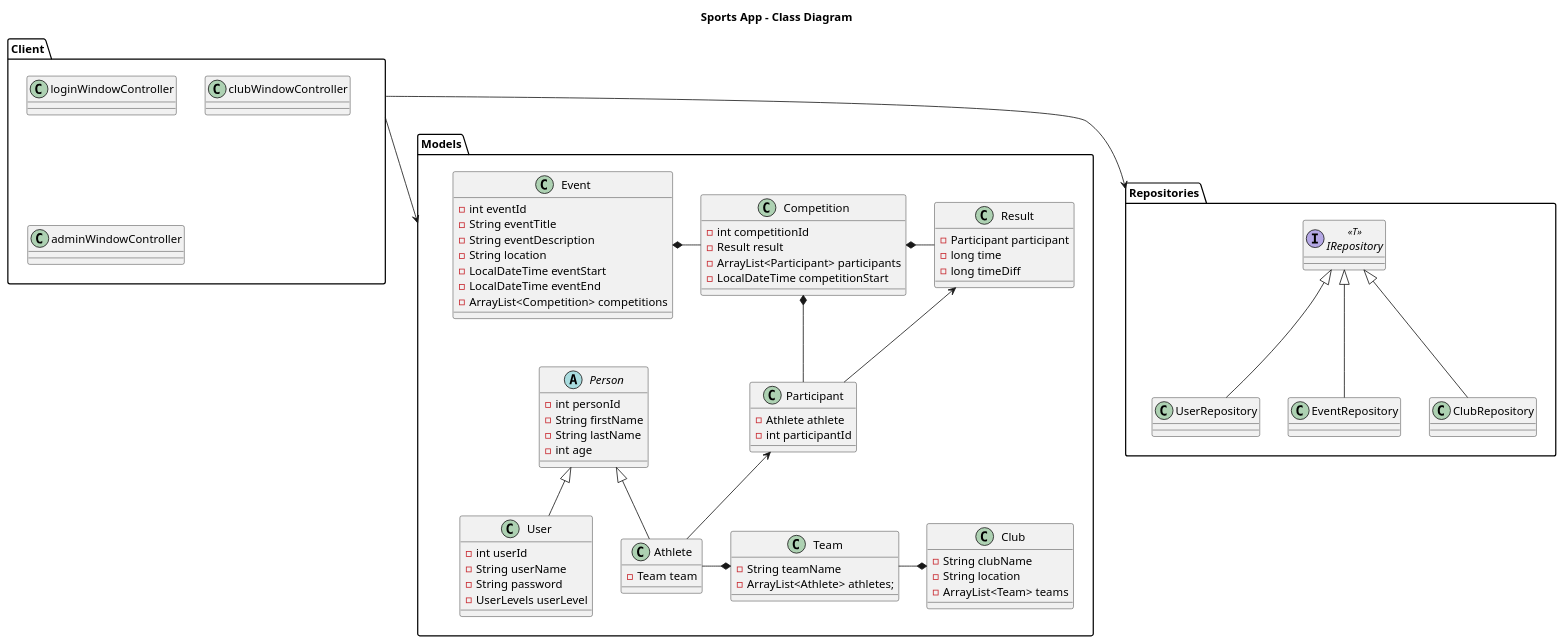
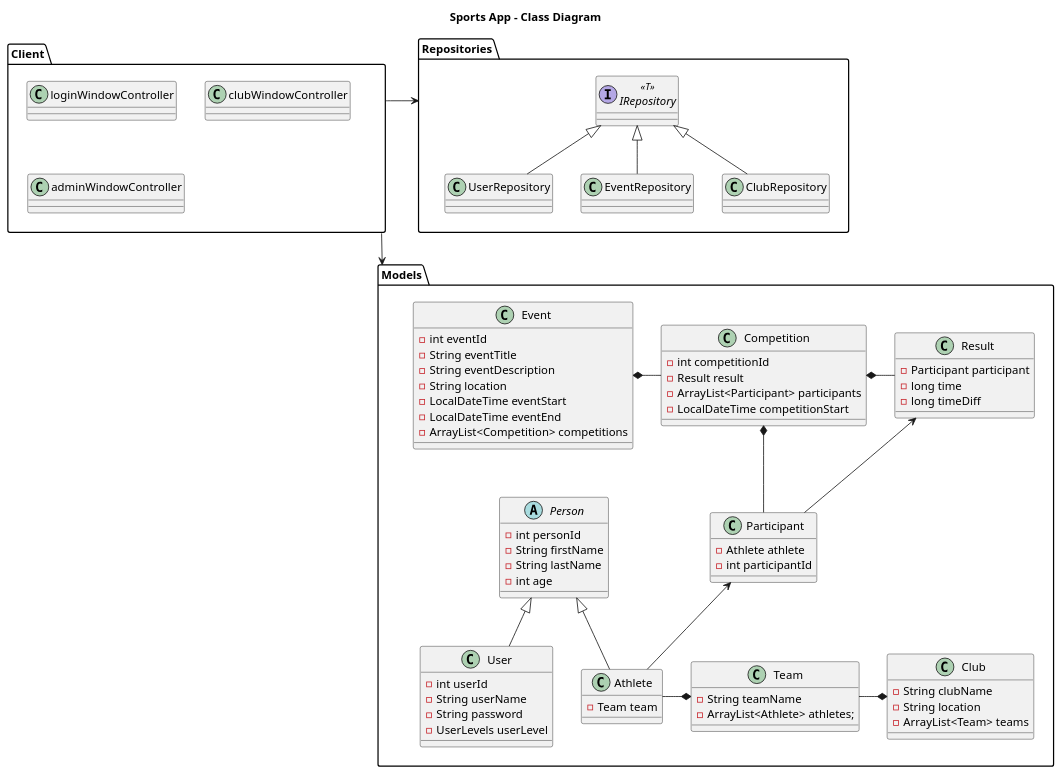
The diagram in diagrams/plantuml-src/class-diagram.puml (skarning/software-engineering-gr14-project), drawn with PlantUML before and after one commit. The commit also changed 1 other file, not shown here.

Commit message:
Move packages in class diagram to better fill an a4 page

```diff
--- a/diagrams/plantuml-src/class-diagram.puml
+++ b/diagrams/plantuml-src/class-diagram.puml
@@ -1,109 +1,110 @@
 @startuml
-top to bottom direction
+
 title Sports App - Class Diagram
 package Models {
     class Event {
         -int eventId
         -String eventTitle
         -String eventDescription
         -String location
         -LocalDateTime eventStart
         -LocalDateTime eventEnd
         -ArrayList<Competition> competitions
     }
     
     class Competition {
         -int competitionId
         -Result result
         -ArrayList<Participant> participants
         -LocalDateTime competitionStart
     }
     
     abstract class Person {
         -int personId
         -String firstName
         -String lastName
         -int age
     }
     
     class Athlete {
         -Team team
     }
     
     class User {
         -int userId
         -String userName
         -String password
         -UserLevels userLevel
     }
     
     class Participant {
         -Athlete athlete
         -int participantId
     }
     
     class Team {
         -String teamName
         -ArrayList<Athlete> athletes;
     }
     
     class Club {
         -String clubName
         -String location
         -ArrayList<Team> teams
     }
     
     class Result {
         -Participant participant
         -long time
         -long timeDiff
     }
     
     Event *-right- Competition
     Competition *-down- Participant
     Person <|-down- Athlete
     Person <|-down- User
     Participant <-- Athlete
     Team *-left- Athlete
     Club *-left- Team
     Competition *-right- Result
     Result <-- Participant
 }
 
 package Repositories {
     interface IRepository<<T>> {
         
     }
     
     class UserRepository {
     
     }
     
     class EventRepository {
     
     }
     
     class ClubRepository {
     
     }
     
     IRepository <|-down- UserRepository
     IRepository <|-down- EventRepository
     IRepository <|-down- ClubRepository
 }
 
 package Client {
     class loginWindowController {
     }
     
     class clubWindowController {
     }
     
     class adminWindowController {
     }
 
 }
 
-Client --> Models
-Client--> Repositories
+Client ---> Models
+Client -> Repositories
+
 @enduml
```
